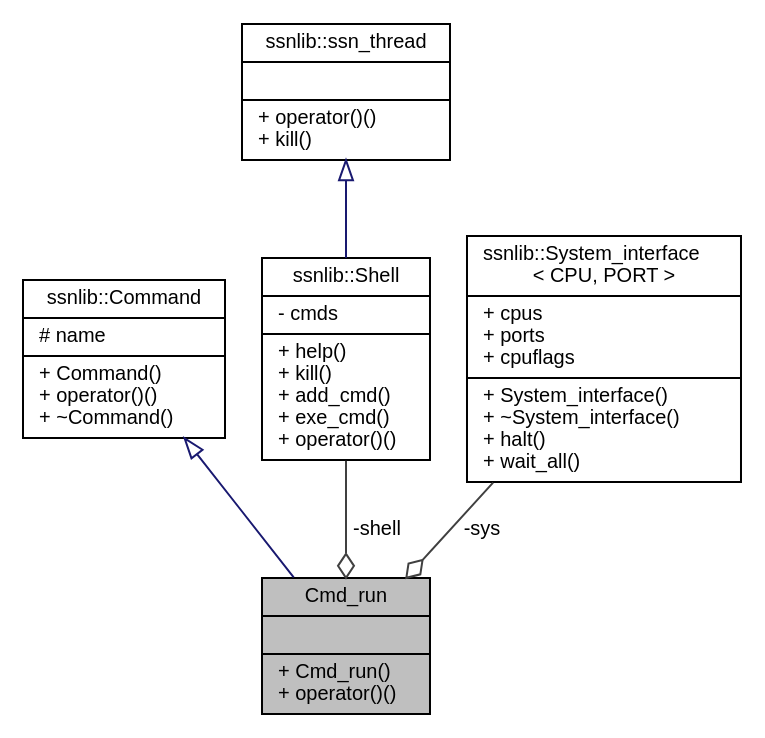
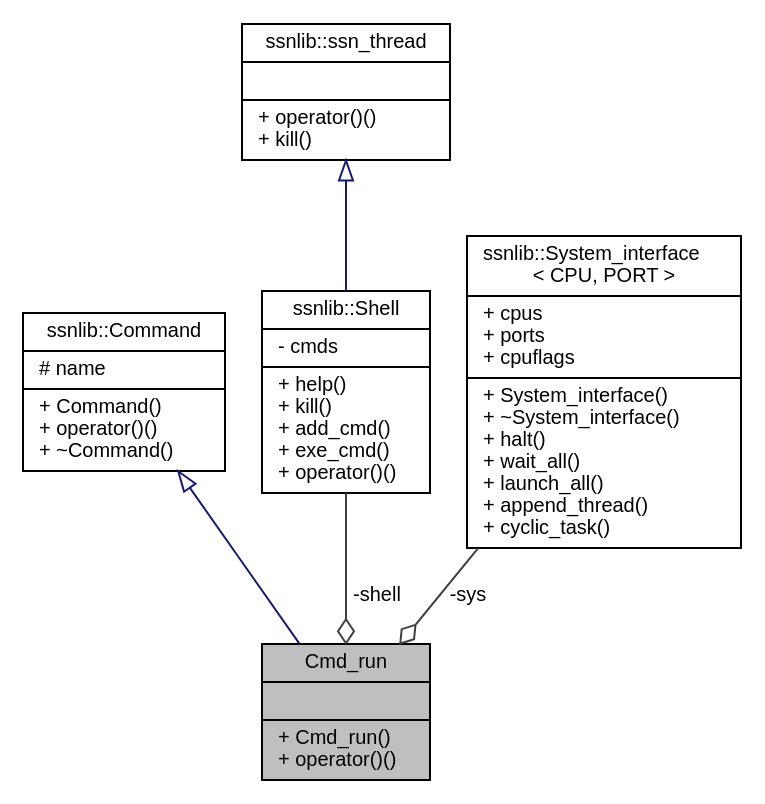
Before and after one commit to susanoog/susanoog.github.io: the diagram in api/classCmd__run__coll__graph.dot, drawn with Graphviz. The commit also changed 131 other files, not shown here.

```diff
--- a/api/classCmd__run__coll__graph.dot
+++ b/api/classCmd__run__coll__graph.dot
@@ -1,14 +1,14 @@
 digraph "Cmd_run"
 {
   edge [fontname="Helvetica",fontsize="10",labelfontname="Helvetica",labelfontsize="10"];
   node [fontname="Helvetica",fontsize="10",shape=record];
   Node1 [label="{Cmd_run\n||+ Cmd_run()\l+ operator()()\l}",height=0.2,width=0.4,color="black", fillcolor="grey75", style="filled", fontcolor="black"];
   Node2 -> Node1 [dir="back",color="midnightblue",fontsize="10",style="solid",arrowtail="onormal",fontname="Helvetica"];
   Node2 [label="{ssnlib::Command\n|# name\l|+ Command()\l+ operator()()\l+ ~Command()\l}",height=0.2,width=0.4,color="black", fillcolor="white", style="filled",URL="$classssnlib_1_1Command.html"];
   Node3 -> Node1 [color="grey25",fontsize="10",style="solid",label=" -shell" ,arrowhead="odiamond",fontname="Helvetica"];
   Node3 [label="{ssnlib::Shell\n|- cmds\l|+ help()\l+ kill()\l+ add_cmd()\l+ exe_cmd()\l+ operator()()\l}",height=0.2,width=0.4,color="black", fillcolor="white", style="filled",URL="$classssnlib_1_1Shell.html"];
   Node4 -> Node3 [dir="back",color="midnightblue",fontsize="10",style="solid",arrowtail="onormal",fontname="Helvetica"];
   Node4 [label="{ssnlib::ssn_thread\n||+ operator()()\l+ kill()\l}",height=0.2,width=0.4,color="black", fillcolor="white", style="filled",URL="$classssnlib_1_1ssn__thread.html"];
   Node5 -> Node1 [color="grey25",fontsize="10",style="solid",label=" -sys" ,arrowhead="odiamond",fontname="Helvetica"];
-  Node5 [label="{ssnlib::System_interface\l\< CPU, PORT \>\n|+ cpus\l+ ports\l+ cpuflags\l|+ System_interface()\l+ ~System_interface()\l+ halt()\l+ wait_all()\l}",height=0.2,width=0.4,color="black", fillcolor="white", style="filled",URL="$classssnlib_1_1System__interface.html"];
+  Node5 [label="{ssnlib::System_interface\l\< CPU, PORT \>\n|+ cpus\l+ ports\l+ cpuflags\l|+ System_interface()\l+ ~System_interface()\l+ halt()\l+ wait_all()\l+ launch_all()\l+ append_thread()\l+ cyclic_task()\l}",height=0.2,width=0.4,color="black", fillcolor="white", style="filled",URL="$classssnlib_1_1System__interface.html"];
 }
```
